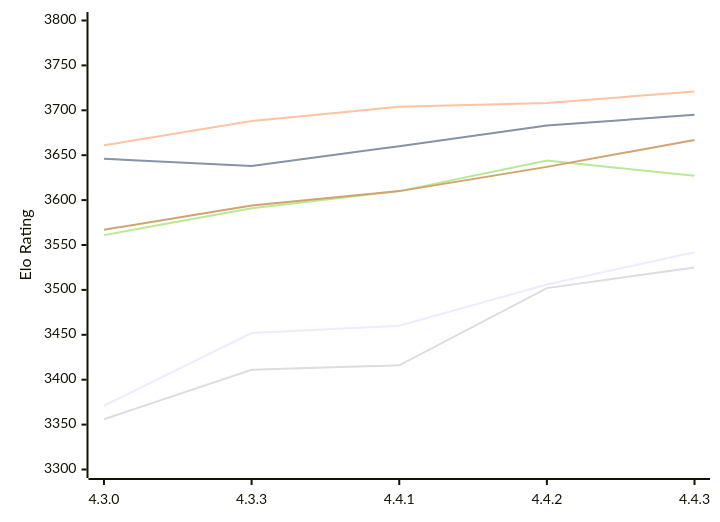
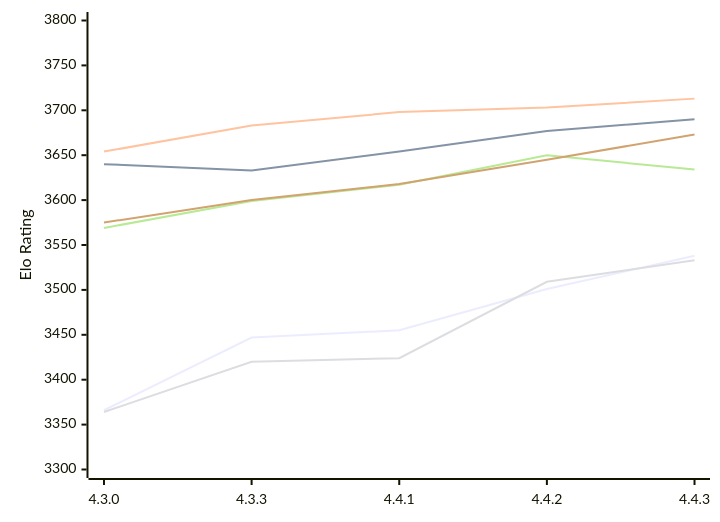
Before and after one commit to computer-chess-index/cci: the first of 2 diagrams in engines/Gaia.md, drawn with Mermaid. The commit also changed other lines of this file, not shown here.

Commit message:
Update CCI Ratings (ELO VLTC) - 2026-11-18

````diff
--- a/engines/Gaia.md
+++ b/engines/Gaia.md
@@ -61,12 +61,12 @@
 ```mermaid
 %%{init: {"theme":"base","themeVariables":{"seriesColors:['#a3a3a3','#222221','#faa371']}}}%%
 xychart-beta
   x-axis ["4.3.0", "4.3.3", "4.4.1", "4.4.2", "4.4.3"]
   y-axis "Elo Rating" 3300 --> 3800
-  line "E1: STC (8.0+0.08s)" [3371, 3452, 3460, 3506, 3542]
-  line "E1: LTC (60.0+0.60s)" [3646, 3638, 3660, 3683, 3695]
-  line "E1: VLTC (2m24s+1.12s)" [3661, 3688, 3704, 3708, 3721]
-  line "P1: STC (8.0+0.08s)" [3356, 3411, 3416, 3502, 3525]
-  line "P1: LTC (60.0+0.60s)" [3561, 3591, 3610, 3644, 3627]
-  line "P1: VLTC (2m24s+1.12s)" [3567, 3594, 3610, 3637, 3667]
+  line "E1: STC (8.0+0.08s)" [3366, 3447, 3455, 3501, 3538]
+  line "E1: LTC (60.0+0.60s)" [3640, 3633, 3654, 3677, 3690]
+  line "E1: VLTC (2m24s+1.12s)" [3654, 3683, 3698, 3703, 3713]
+  line "P1: STC (8.0+0.08s)" [3364, 3420, 3424, 3509, 3533]
+  line "P1: LTC (60.0+0.60s)" [3569, 3599, 3617, 3650, 3634]
+  line "P1: VLTC (2m24s+1.12s)" [3575, 3600, 3618, 3645, 3673]
 ```
````
